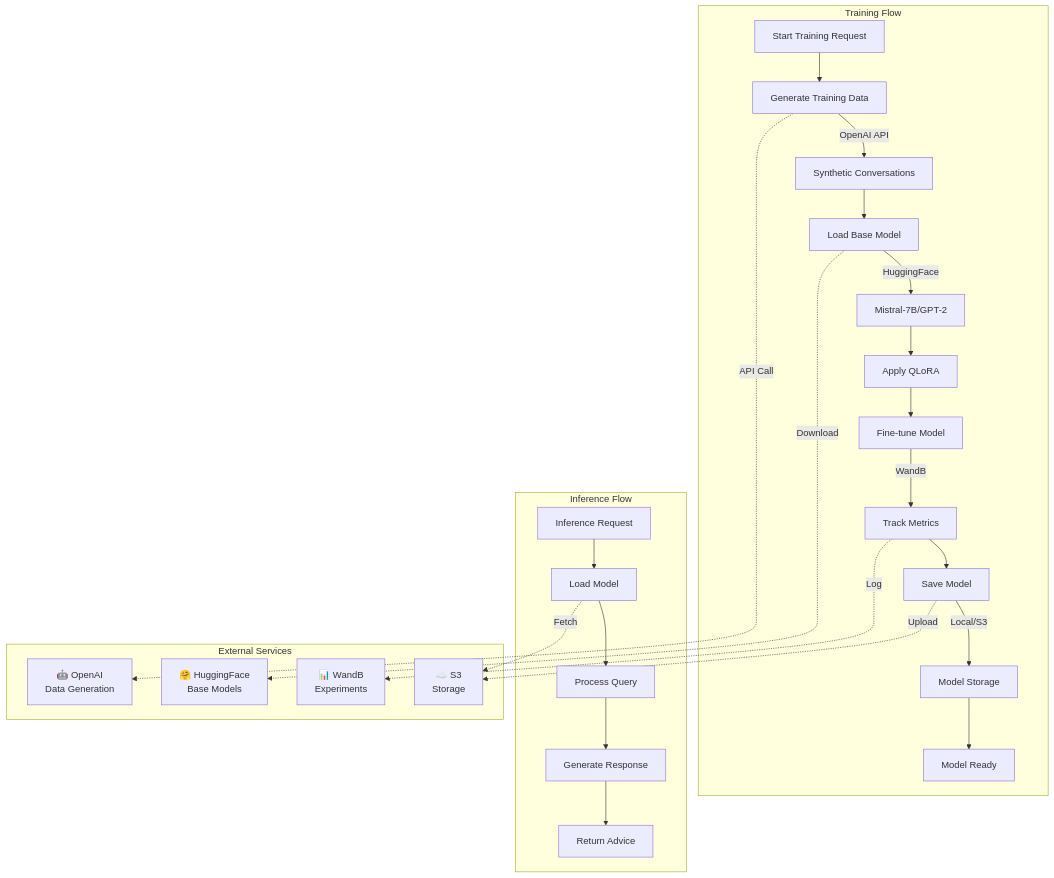
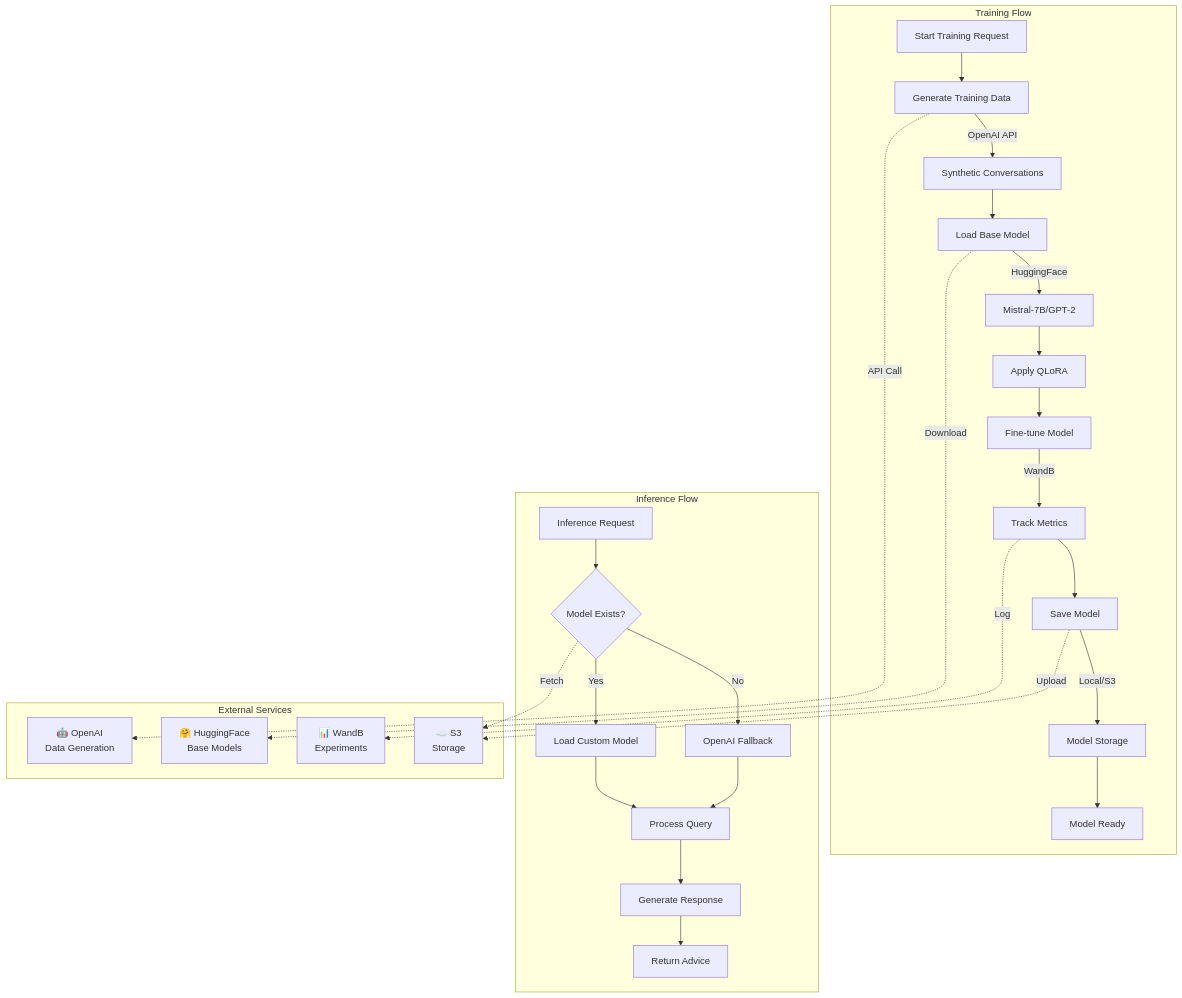
The diagram in services/knowledge_engine/README.md (Yasserelhaddar/ShopSense-AI), drawn with Mermaid before and after one commit. The commit also changed other lines of this file and 2 other files, not shown here.

Commit message:
docs: update READMEs for OpenAI fallback and product-aware features
Updated documentation across all README files to reflect recent improvements:

Knowledge Engine:
- Updated inference flow diagram to show OpenAI fallback decision point
- Added fallback strategy section explaining automatic degradation
- Updated API endpoint description to mention auto-fallback behavior

Advisory Engine:
- Updated advice flow diagram to show products fetched before AI call
- Updated comparison flow diagram to show detailed product context building
- Clarified product-aware system prompts for consultation and comparison

Root README:
- Updated key features to mention OpenAI fallback and product-aware AI
- Updated architecture descriptions for both engines
- Updated architecture diagram to show inference fallback connection

````diff
--- a/services/knowledge_engine/README.md
+++ b/services/knowledge_engine/README.md
@@ -16,35 +16,38 @@
 ```mermaid
 graph TB
     subgraph "Training Flow"
         A[Start Training Request] --> B[Generate Training Data]
         B -->|OpenAI API| C[Synthetic Conversations]
         C --> D[Load Base Model]
         D -->|HuggingFace| E[Mistral-7B/GPT-2]
         E --> F[Apply QLoRA]
         F --> G[Fine-tune Model]
         G -->|WandB| H[Track Metrics]
         H --> I[Save Model]
         I -->|Local/S3| J[Model Storage]
         J --> K[Model Ready]
     end
 
     subgraph "Inference Flow"
-        L[Inference Request] --> M[Load Model]
-        M --> N[Process Query]
-        N --> O[Generate Response]
-        O --> P[Return Advice]
+        L[Inference Request] --> M{Model Exists?}
+        M -->|Yes| N[Load Custom Model]
+        M -->|No| NA[OpenAI Fallback]
+        N --> O[Process Query]
+        NA --> O
+        O --> P[Generate Response]
+        P --> Q[Return Advice]
     end
 
     subgraph "External Services"
         OpenAI[🤖 OpenAI<br/>Data Generation]
         HF[🤗 HuggingFace<br/>Base Models]
         WandB[📊 WandB<br/>Experiments]
         S3[☁️ S3<br/>Storage]
     end
 
     B -.->|API Call| OpenAI
     D -.->|Download| HF
     H -.->|Log| WandB
     I -.->|Upload| S3
     M -.->|Fetch| S3
 ```
````
